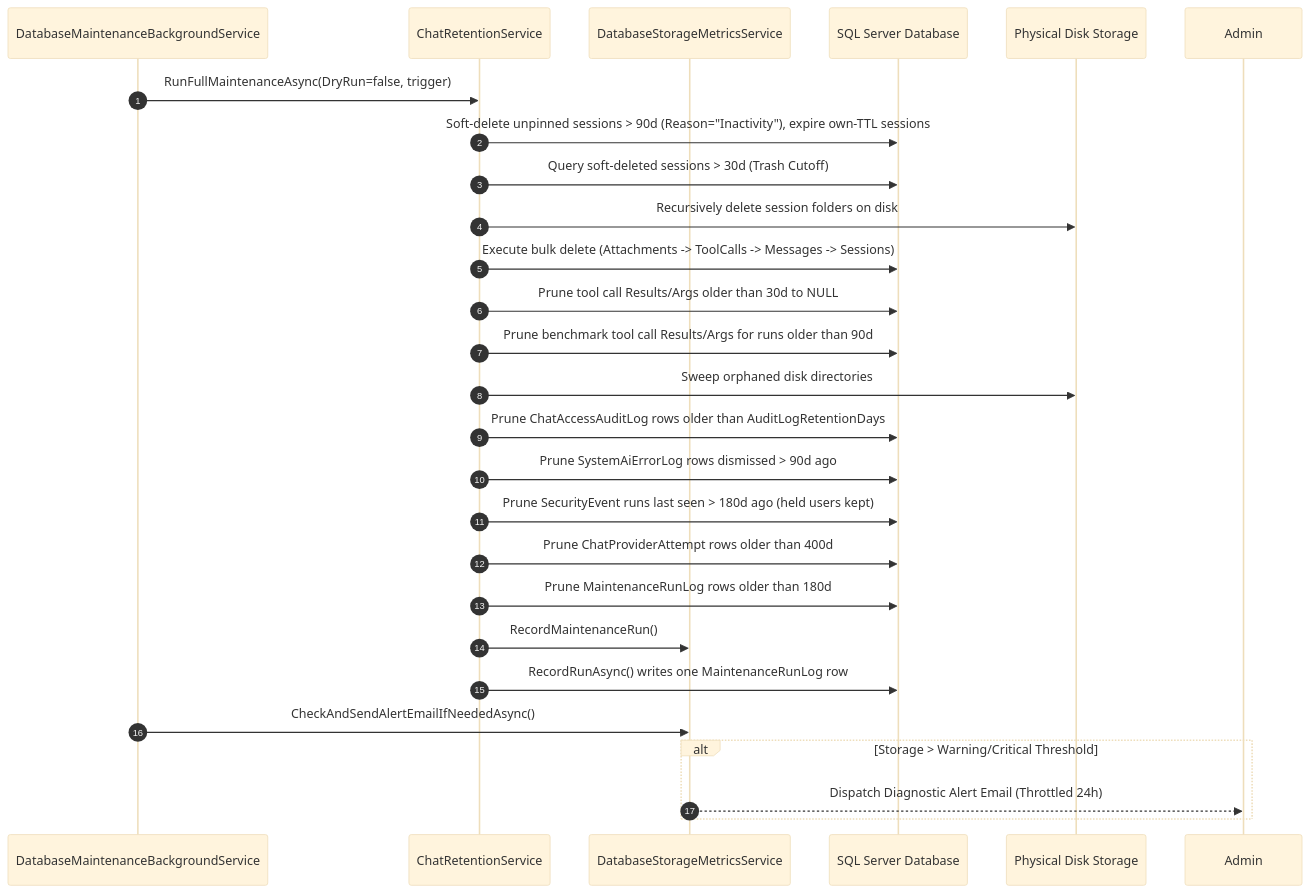
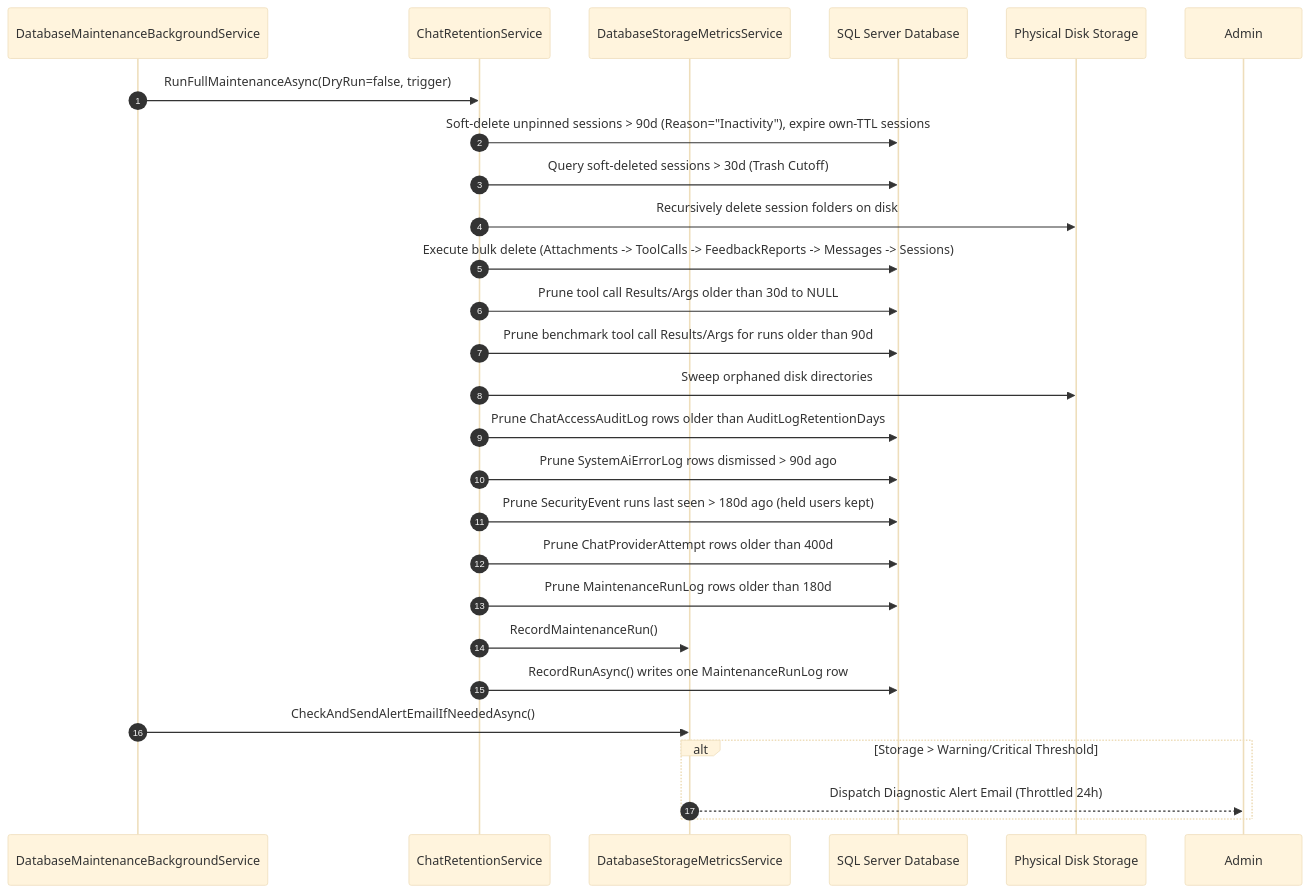
One commit to hyvanmielenpelit/MobileGnollHackLogger changed the second of 2 diagrams in .agents/skills/chat_retention_architecture/SKILL.md. Above: the diagram before and after it, drawn with Mermaid (base theme). The commit also changed other lines of this file and 84 other files, not shown here.

Commit message:
Overseer Feedback Tool v1: `report_feedback`, Issue Grouping, Admin Switch and View, and GnollBench Recording [overseer_feedback_tool]

````diff
--- a/.agents/skills/chat_retention_architecture/SKILL.md
+++ b/.agents/skills/chat_retention_architecture/SKILL.md
@@ -184,29 +185,29 @@
 ```mermaid
 sequenceDiagram
     autonumber
     participant Engine as DatabaseMaintenanceBackgroundService
     participant Retention as ChatRetentionService
     participant Storage as DatabaseStorageMetricsService
     participant DB as SQL Server Database
     participant Disk as Physical Disk Storage
 
     Engine->>Retention: RunFullMaintenanceAsync(DryRun=false, trigger)
     Retention->>DB: Soft-delete unpinned sessions > 90d (Reason="Inactivity"), expire own-TTL sessions
     Retention->>DB: Query soft-deleted sessions > 30d (Trash Cutoff)
     Retention->>Disk: Recursively delete session folders on disk
-    Retention->>DB: Execute bulk delete (Attachments -> ToolCalls -> Messages -> Sessions)
+    Retention->>DB: Execute bulk delete (Attachments -> ToolCalls -> FeedbackReports -> Messages -> Sessions)
     Retention->>DB: Prune tool call Results/Args older than 30d to NULL
     Retention->>DB: Prune benchmark tool call Results/Args for runs older than 90d
     Retention->>Disk: Sweep orphaned disk directories
     Retention->>DB: Prune ChatAccessAuditLog rows older than AuditLogRetentionDays
     Retention->>DB: Prune SystemAiErrorLog rows dismissed > 90d ago
     Retention->>DB: Prune SecurityEvent runs last seen > 180d ago (held users kept)
     Retention->>DB: Prune ChatProviderAttempt rows older than 400d
     Retention->>DB: Prune MaintenanceRunLog rows older than 180d
     Retention->>Storage: RecordMaintenanceRun()
     Retention->>DB: RecordRunAsync() writes one MaintenanceRunLog row
     Engine->>Storage: CheckAndSendAlertEmailIfNeededAsync()
     alt Storage > Warning/Critical Threshold
         Storage-->>Admin: Dispatch Diagnostic Alert Email (Throttled 24h)
     end
 ```
````
